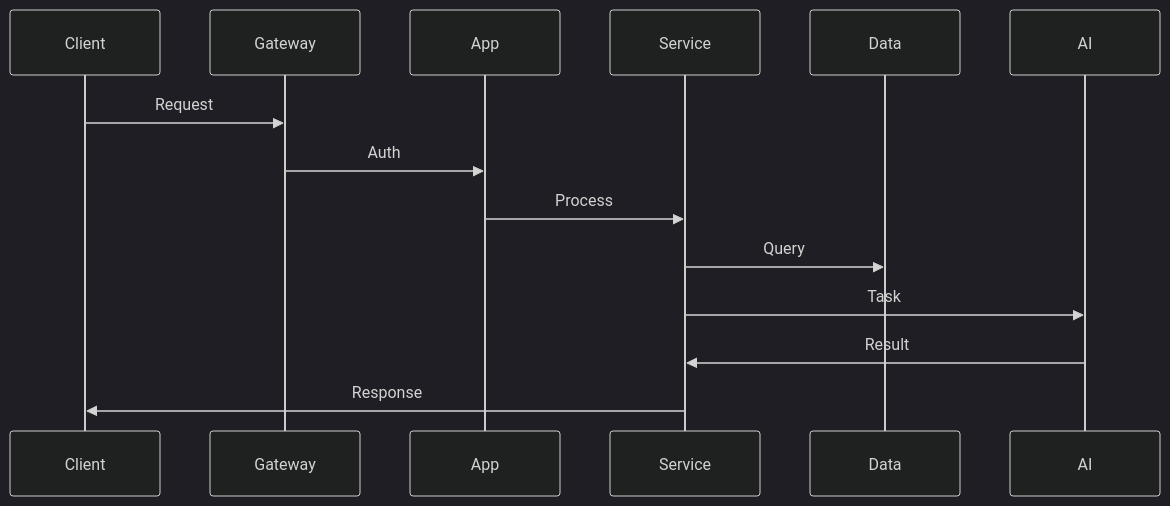
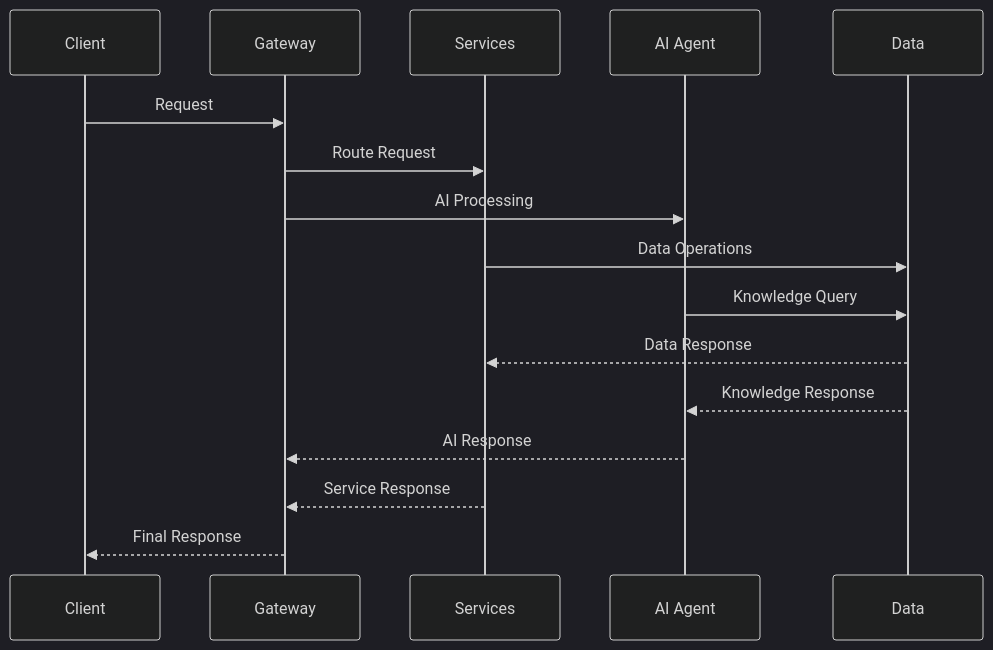
Before and after one commit to miquael/AAA-Library: the second of 2 diagrams in DEVELOPMENT/Templates/_DOCS-TEMPLATES/ARCHITECTURE.md, drawn with Mermaid (dark theme). The commit also changed other lines of this file and 3 other files, not shown here.

````diff
--- a/DEVELOPMENT/Templates/_DOCS-TEMPLATES/ARCHITECTURE.md
+++ b/DEVELOPMENT/Templates/_DOCS-TEMPLATES/ARCHITECTURE.md
@@ -50,10 +85,19 @@
 ```mermaid
 sequenceDiagram
-    Client->>Gateway: Request
-    Gateway->>App: Auth
-    App->>Service: Process
-    Service->>Data: Query
-    Service->>AI: Task
-    AI->>Service: Result
-    Service->>Client: Response
+    participant C as Client
+    participant G as Gateway
+    participant S as Services
+    participant A as AI Agent
+    participant D as Data
+
+    C->>G: Request
+    G->>S: Route Request
+    G->>A: AI Processing
+    S->>D: Data Operations
+    A->>D: Knowledge Query
+    D-->>S: Data Response
+    D-->>A: Knowledge Response
+    A-->>G: AI Response
+    S-->>G: Service Response
+    G-->>C: Final Response
 ```
````
